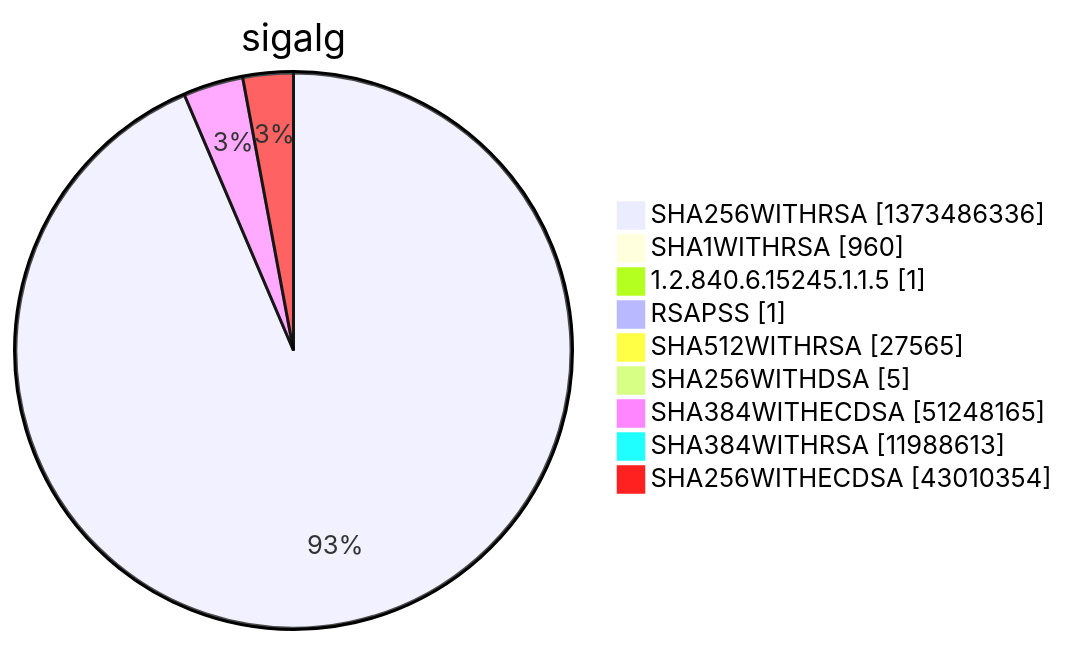
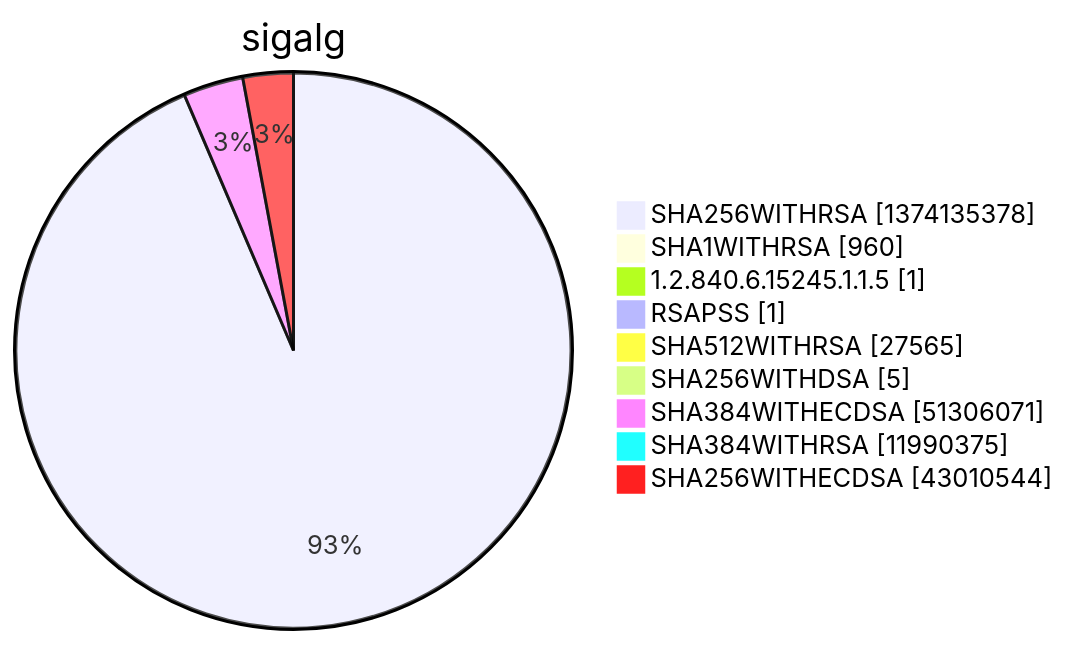
One commit to christiankrug/ctmonitor_visualization changed diagram 15 of 15 in argon2022/README.md. Above: the diagram before and after it, drawn with Mermaid. The commit also changed other lines of this file, not shown here.

````diff
--- a/argon2022/README.md
+++ b/argon2022/README.md
@@ -5524,13 +5524,13 @@
 ```mermaid
 pie showData
 title sigalg
-"SHA256WITHRSA" :1373486336
+"SHA256WITHRSA" :1374135378
 "SHA1WITHRSA" :960
 "1.2.840.6.15245.1.1.5" :1
 "RSAPSS" :1
 "SHA512WITHRSA" :27565
 "SHA256WITHDSA" :5
-"SHA384WITHECDSA" :51248165
-"SHA384WITHRSA" :11988613
-"SHA256WITHECDSA" :43010354
+"SHA384WITHECDSA" :51306071
+"SHA384WITHRSA" :11990375
+"SHA256WITHECDSA" :43010544
 ```
````
